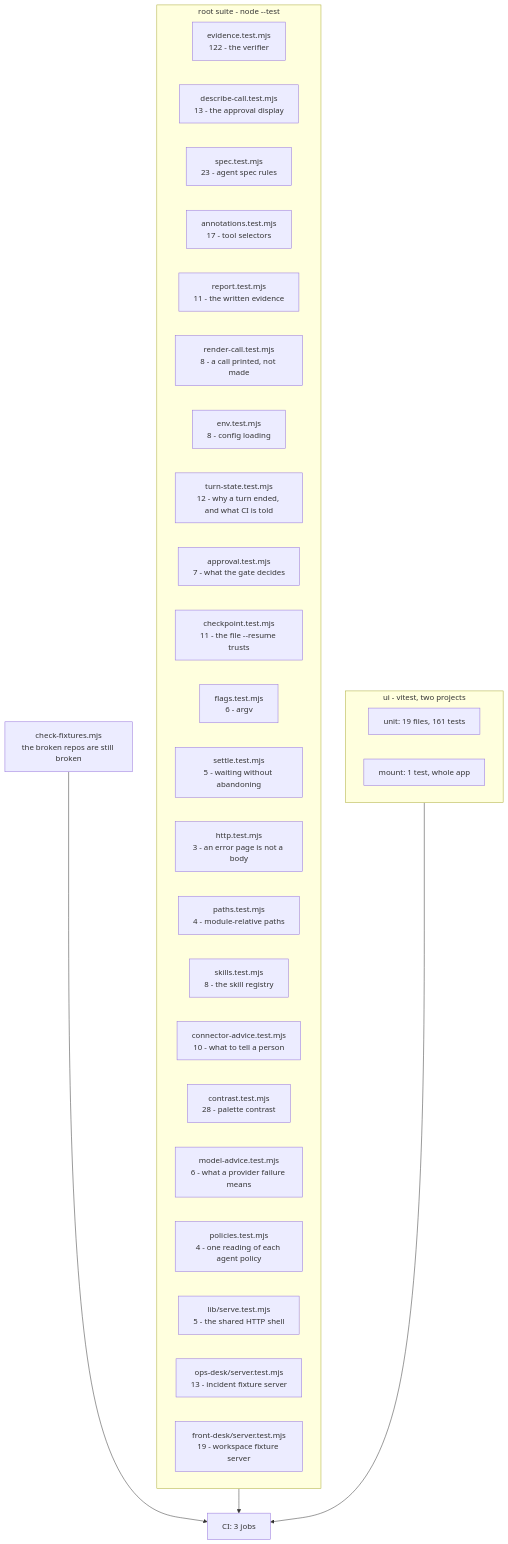
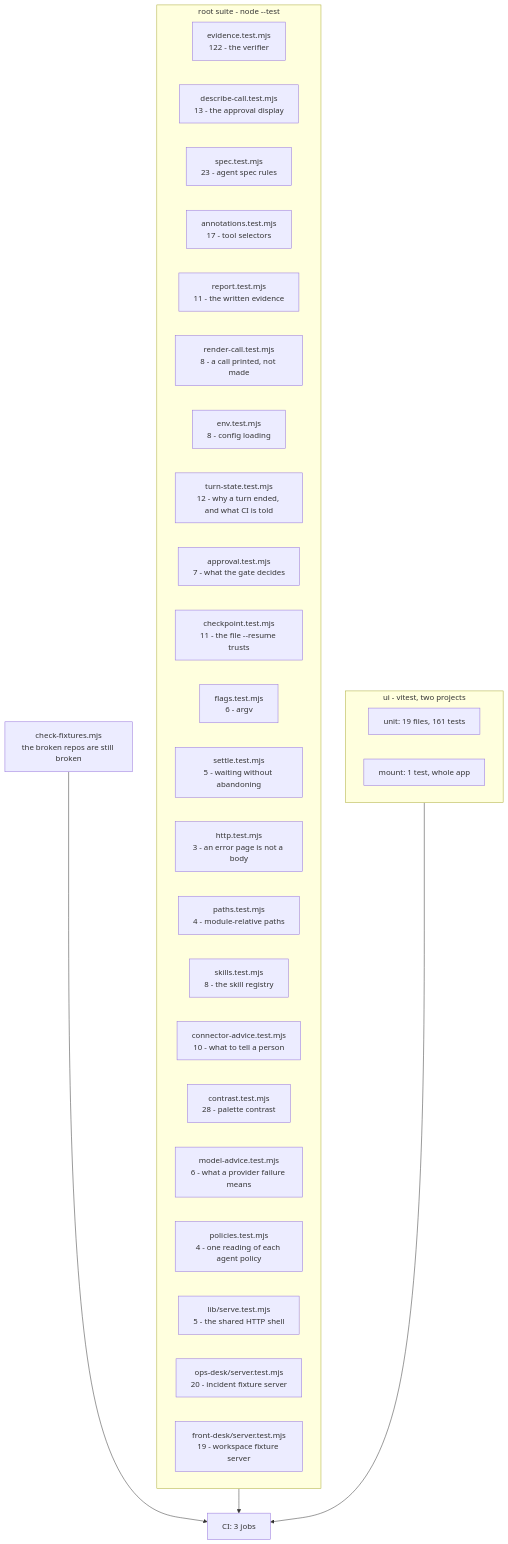
One commit to manumishra12/quartermaster changed the diagram in TESTING.md. Above: the diagram before and after it, drawn with Mermaid. The commit also changed other lines of this file and 5 other files, not shown here.

````diff
--- a/TESTING.md
+++ b/TESTING.md
@@ -30,38 +30,38 @@
 ```mermaid
 flowchart TD
   subgraph root["root suite - node --test"]
     EV["evidence.test.mjs<br/>122 - the verifier"]
     DC["describe-call.test.mjs<br/>13 - the approval display"]
     SP["spec.test.mjs<br/>23 - agent spec rules"]
     AN["annotations.test.mjs<br/>17 - tool selectors"]
     RP["report.test.mjs<br/>11 - the written evidence"]
     RC["render-call.test.mjs<br/>8 - a call printed, not made"]
     EN["env.test.mjs<br/>8 - config loading"]
     TS["turn-state.test.mjs<br/>12 - why a turn ended, and what CI is told"]
     AP["approval.test.mjs<br/>7 - what the gate decides"]
     CK["checkpoint.test.mjs<br/>11 - the file --resume trusts"]
     FL["flags.test.mjs<br/>6 - argv"]
     ST["settle.test.mjs<br/>5 - waiting without abandoning"]
     HT["http.test.mjs<br/>3 - an error page is not a body"]
     PA["paths.test.mjs<br/>4 - module-relative paths"]
     SK["skills.test.mjs<br/>8 - the skill registry"]
     CA["connector-advice.test.mjs<br/>10 - what to tell a person"]
     CO["contrast.test.mjs<br/>28 - palette contrast"]
     MA["model-advice.test.mjs<br/>6 - what a provider failure means"]
     PO["policies.test.mjs<br/>4 - one reading of each agent policy"]
     SV["lib/serve.test.mjs<br/>5 - the shared HTTP shell"]
-    OD["ops-desk/server.test.mjs<br/>13 - incident fixture server"]
+    OD["ops-desk/server.test.mjs<br/>20 - incident fixture server"]
     FD["front-desk/server.test.mjs<br/>19 - workspace fixture server"]
   end
 
   subgraph ui["ui - vitest, two projects"]
     U1["unit: 19 files, 161 tests"]
     U2["mount: 1 test, whole app"]
   end
 
   FX["check-fixtures.mjs<br/>the broken repos are still broken"]
 
   root --> CI["CI: 3 jobs"]
   ui --> CI
   FX --> CI
 ```
````
